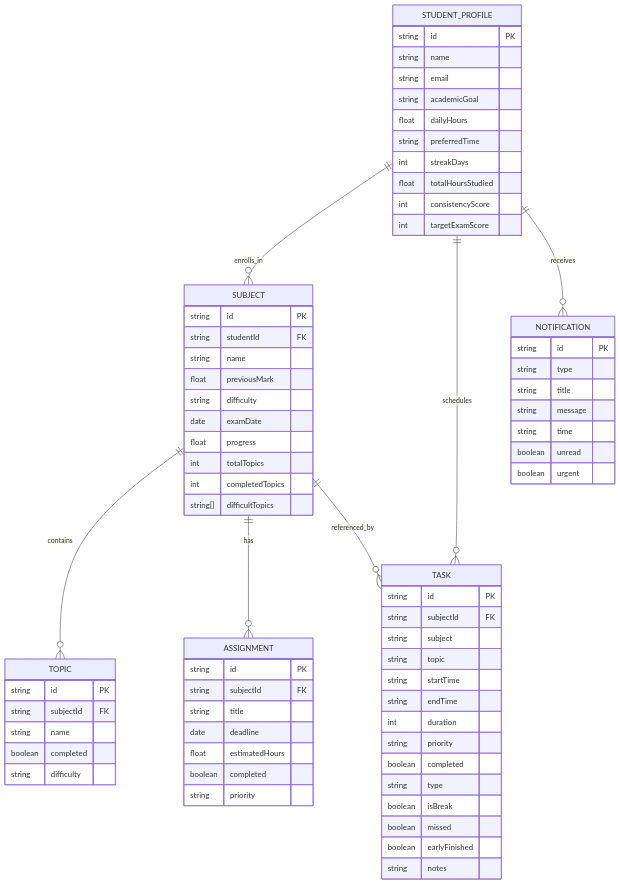
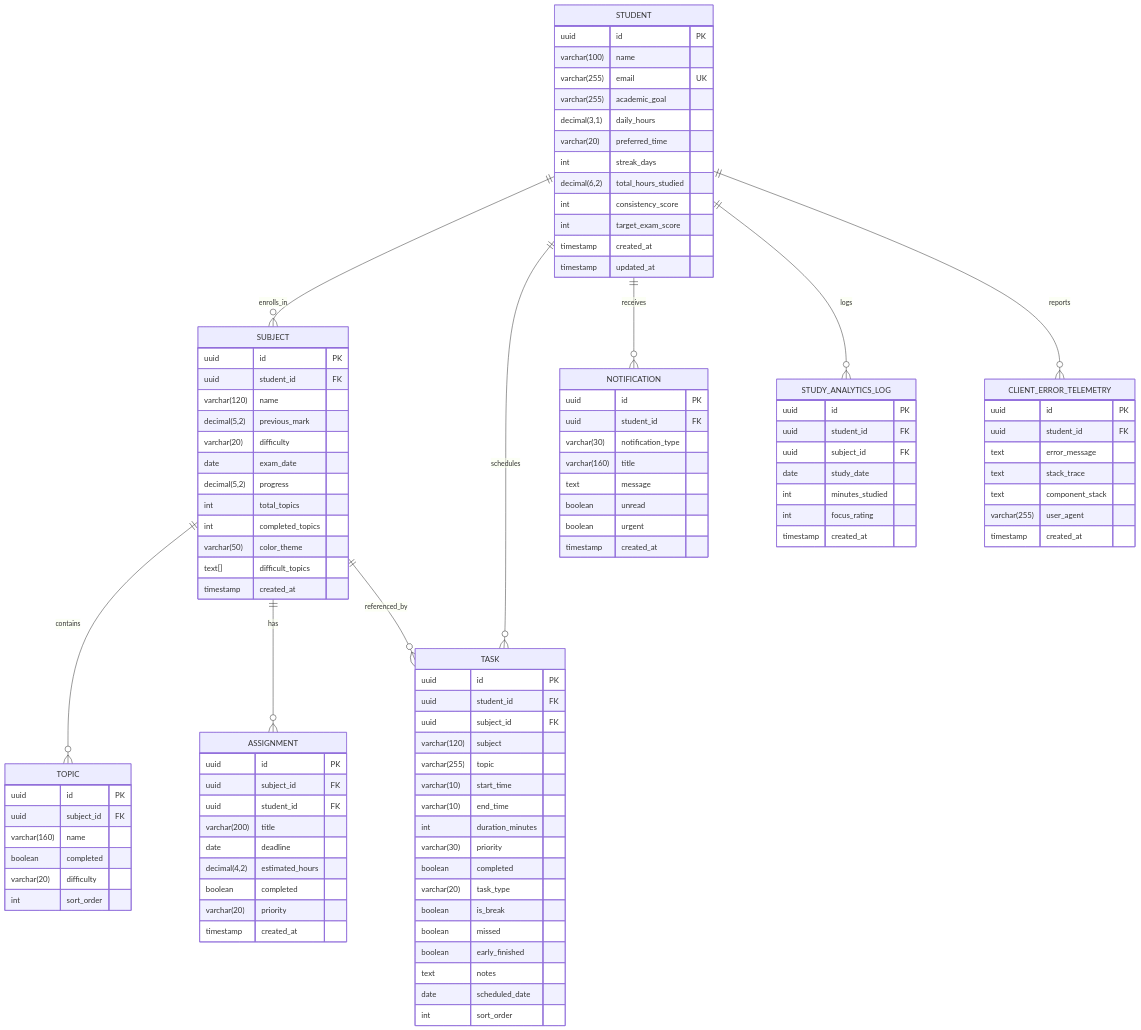
Before and after one commit to pavithran8072-bit/pavithran123: the second of 2 diagrams in README.md, drawn with Mermaid. The commit also changed other lines of this file and 7 other files, not shown here.

````diff
--- a/README.md
+++ b/README.md
@@ -137,80 +205,113 @@
 ```mermaid
 erDiagram
-    STUDENT_PROFILE ||--o{ SUBJECT : enrolls_in
-    STUDENT_PROFILE ||--o{ TASK : schedules
-    STUDENT_PROFILE ||--o{ NOTIFICATION : receives
+    STUDENT ||--o{ SUBJECT : enrolls_in
+    STUDENT ||--o{ TASK : schedules
+    STUDENT ||--o{ NOTIFICATION : receives
+    STUDENT ||--o{ STUDY_ANALYTICS_LOG : logs
     SUBJECT ||--o{ TOPIC : contains
     SUBJECT ||--o{ ASSIGNMENT : has
     SUBJECT ||--o{ TASK : referenced_by
+    STUDENT ||--o{ CLIENT_ERROR_TELEMETRY : reports
 
-    STUDENT_PROFILE {
-        string id PK
-        string name
-        string email
-        string academicGoal
-        float dailyHours
-        string preferredTime
-        int streakDays
-        float totalHoursStudied
-        int consistencyScore
-        int targetExamScore
+    STUDENT {
+        uuid id PK
+        varchar(100) name
+        varchar(255) email UK
+        varchar(255) academic_goal
+        decimal(3,1) daily_hours
+        varchar(20) preferred_time
+        int streak_days
+        decimal(6,2) total_hours_studied
+        int consistency_score
+        int target_exam_score
+        timestamp created_at
+        timestamp updated_at
     }
 
     SUBJECT {
-        string id PK
-        string studentId FK
-        string name
-        float previousMark
-        string difficulty
-        date examDate
-        float progress
-        int totalTopics
-        int completedTopics
-        string[] difficultTopics
+        uuid id PK
+        uuid student_id FK
+        varchar(120) name
+        decimal(5,2) previous_mark
+        varchar(20) difficulty
+        date exam_date
+        decimal(5,2) progress
+        int total_topics
+        int completed_topics
+        varchar(50) color_theme
+        text[] difficult_topics
+        timestamp created_at
     }
 
     TOPIC {
-        string id PK
-        string subjectId FK
-        string name
+        uuid id PK
+        uuid subject_id FK
+        varchar(160) name
         boolean completed
-        string difficulty
+        varchar(20) difficulty
+        int sort_order
     }
 
     ASSIGNMENT {
-        string id PK
-        string subjectId FK
-        string title
+        uuid id PK
+        uuid subject_id FK
+        uuid student_id FK
+        varchar(200) title
         date deadline
-        float estimatedHours
+        decimal(4,2) estimated_hours
         boolean completed
-        string priority
+        varchar(20) priority
+        timestamp created_at
     }
 
     TASK {
-        string id PK
-        string subjectId FK
-        string subject
-        string topic
-        string startTime
-        string endTime
-        int duration
-        string priority
+        uuid id PK
+        uuid student_id FK
+        uuid subject_id FK
+        varchar(120) subject
+        varchar(255) topic
+        varchar(10) start_time
+        varchar(10) end_time
+        int duration_minutes
+        varchar(30) priority
         boolean completed
-        string type
-        boolean isBreak
+        varchar(20) task_type
+        boolean is_break
         boolean missed
-        boolean earlyFinished
-        string notes
+        boolean early_finished
+        text notes
+        date scheduled_date
+        int sort_order
     }
 
     NOTIFICATION {
-        string id PK
-        string type
-        string title
-        string message
-        string time
+        uuid id PK
+        uuid student_id FK
+        varchar(30) notification_type
+        varchar(160) title
+        text message
         boolean unread
         boolean urgent
+        timestamp created_at
+    }
+
+    STUDY_ANALYTICS_LOG {
+        uuid id PK
+        uuid student_id FK
+        uuid subject_id FK
+        date study_date
+        int minutes_studied
+        int focus_rating
+        timestamp created_at
+    }
+
+    CLIENT_ERROR_TELEMETRY {
+        uuid id PK
+        uuid student_id FK
+        text error_message
+        text stack_trace
+        text component_stack
+        varchar(255) user_agent
+        timestamp created_at
     }
 ```
````
